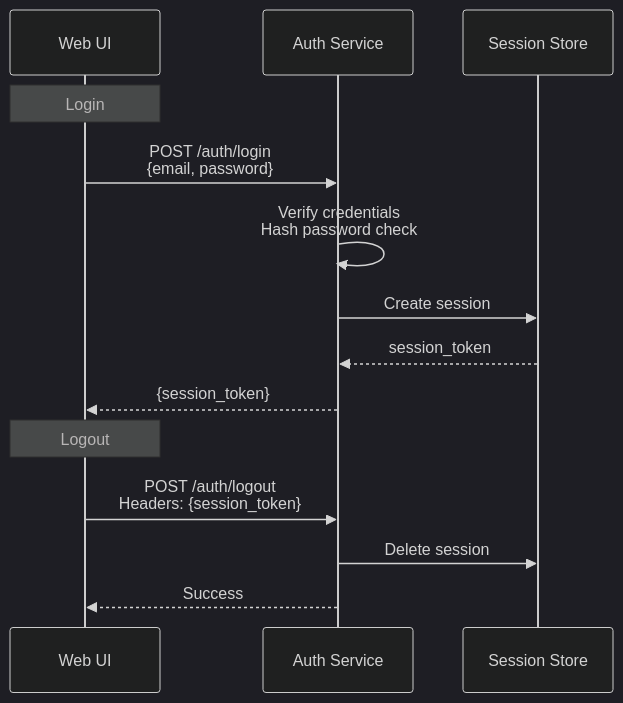
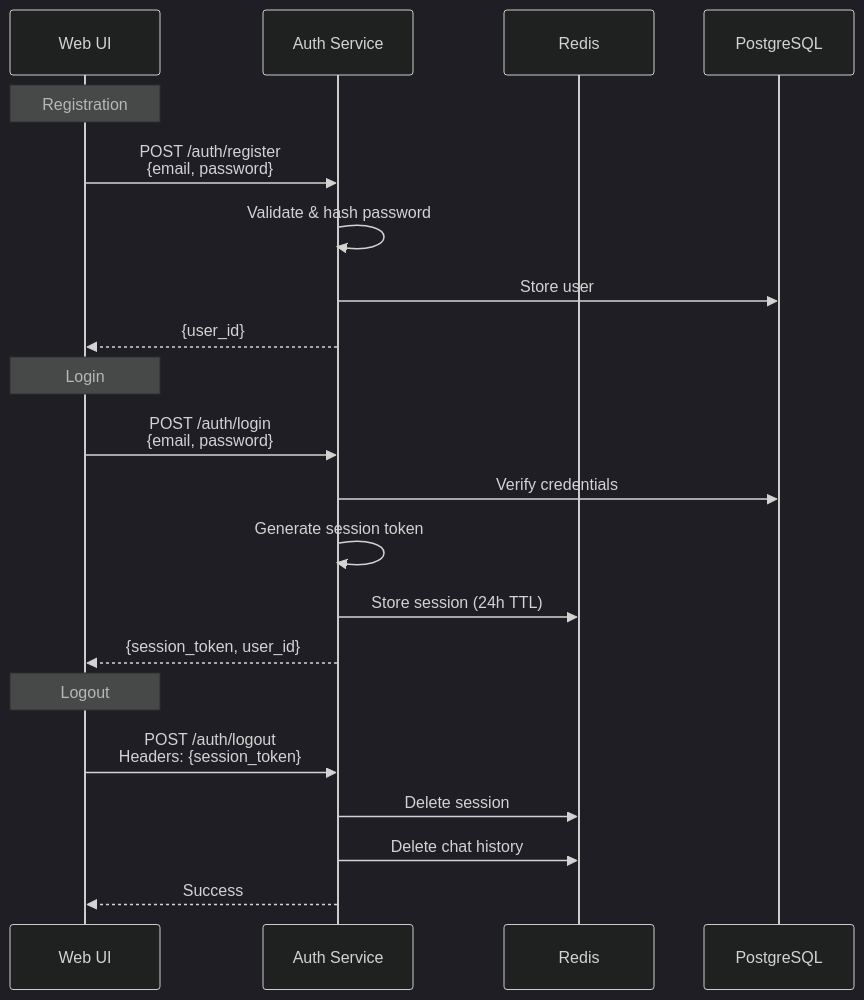
One commit to Th30utcast/MARP-Guide-AI changed the first of 2 diagrams in docs/diagrams/Tier1_Authentication.md. Above: the diagram before and after it, drawn with Mermaid (dark theme). The commit also changed other lines of this file and 1 other file, not shown here.

````diff
--- a/docs/diagrams/Tier1_Authentication.md
+++ b/docs/diagrams/Tier1_Authentication.md
@@ -13,20 +17,29 @@
 ``` mermaid
 sequenceDiagram
   participant U as Web UI
   participant A as Auth Service
-  participant S as Session Store
+  participant R as Redis
+  participant P as PostgreSQL
+
+  Note over U: Registration
+
+  U->>A: POST /auth/register<br/>{email, password}
+  A->>A: Validate & hash password
+  A->>P: Store user
+  A-->>U: {user_id}
 
   Note over U: Login
 
   U->>A: POST /auth/login<br/>{email, password}
-  A->>A: Verify credentials<br/>Hash password check
-  A->>S: Create session
-  S-->>A: session_token
-  A-->>U: {session_token}
+  A->>P: Verify credentials
+  A->>A: Generate session token
+  A->>R: Store session (24h TTL)
+  A-->>U: {session_token, user_id}
 
   Note over U: Logout
 
   U->>A: POST /auth/logout<br/>Headers: {session_token}
-  A->>S: Delete session
+  A->>R: Delete session
+  A->>R: Delete chat history
   A-->>U: Success
 ```
````
